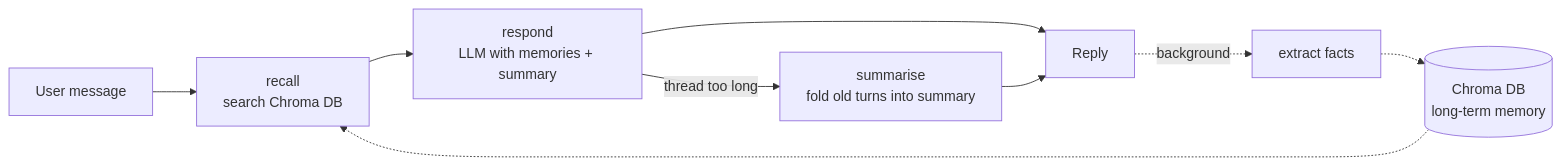
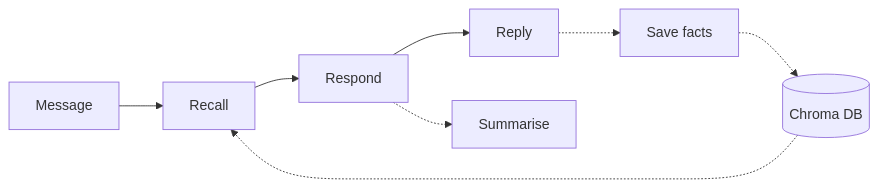
The diagram in README.md (manjuv03/Personalized-AI-Assistant-with-Contextual-Recall), drawn with Mermaid before and after one commit. The commit also changed 1 other file, not shown here.

Commit message:
Make diagrams more compact

````diff
--- a/README.md
+++ b/README.md
@@ -18,10 +18,6 @@
 ```mermaid
 flowchart LR
-    U[User message] --> R[recall<br/>search Chroma DB]
-    R --> A[respond<br/>LLM with memories + summary]
-    A -->|thread too long| S[summarise<br/>fold old turns into summary]
-    A --> O[Reply]
-    S --> O
-    O -.background.-> X[extract facts] -.-> C[(Chroma DB<br/>long-term memory)]
-    C -.-> R
+    M[Message] --> R[Recall] --> A[Respond] --> O[Reply]
+    A -.-> S[Summarise]
+    O -.-> X[Save facts] -.-> C[(Chroma DB)] -.-> R
 ```
````
